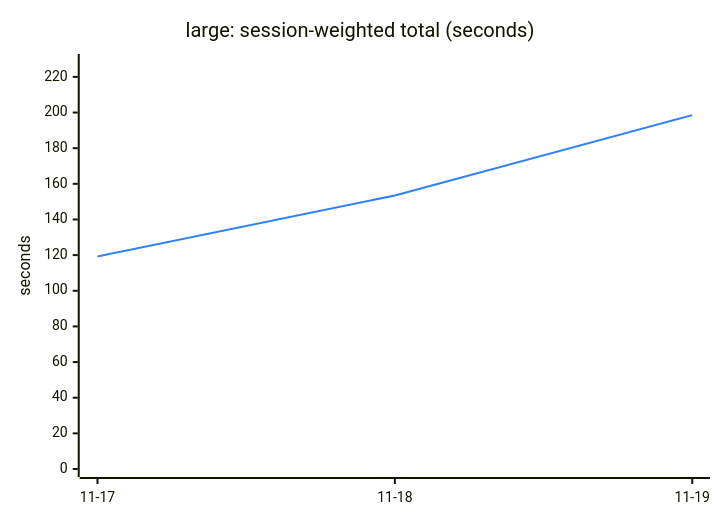
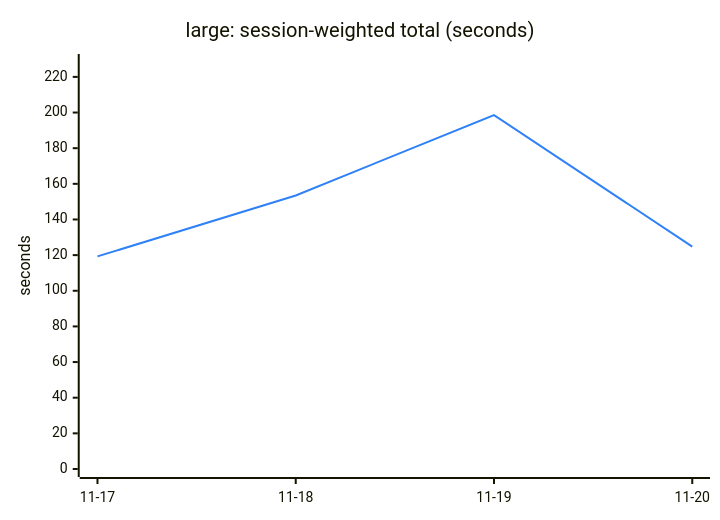
Before and after one commit to Ricovl/mxcli: the second of 6 diagrams in TREND.md, drawn with Mermaid. The commit also changed other lines of this file and 2 other files, not shown here.

````diff
--- a/TREND.md
+++ b/TREND.md
@@ -48,13 +48,13 @@
 ```mermaid
 ---
 config:
   themeVariables:
     xyChart:
       plotColorPalette: "#2f81f7"
 ---
 xychart-beta
     title "large: session-weighted total (seconds)"
-    x-axis ["11-17", "11-18", "11-19"]
+    x-axis ["11-17", "11-18", "11-19", "11-20"]
     y-axis "seconds" 0 --> 228.35
-    line [119.28, 153.48, 198.56]
+    line [119.28, 153.48, 198.56, 124.78]
 ```
````
